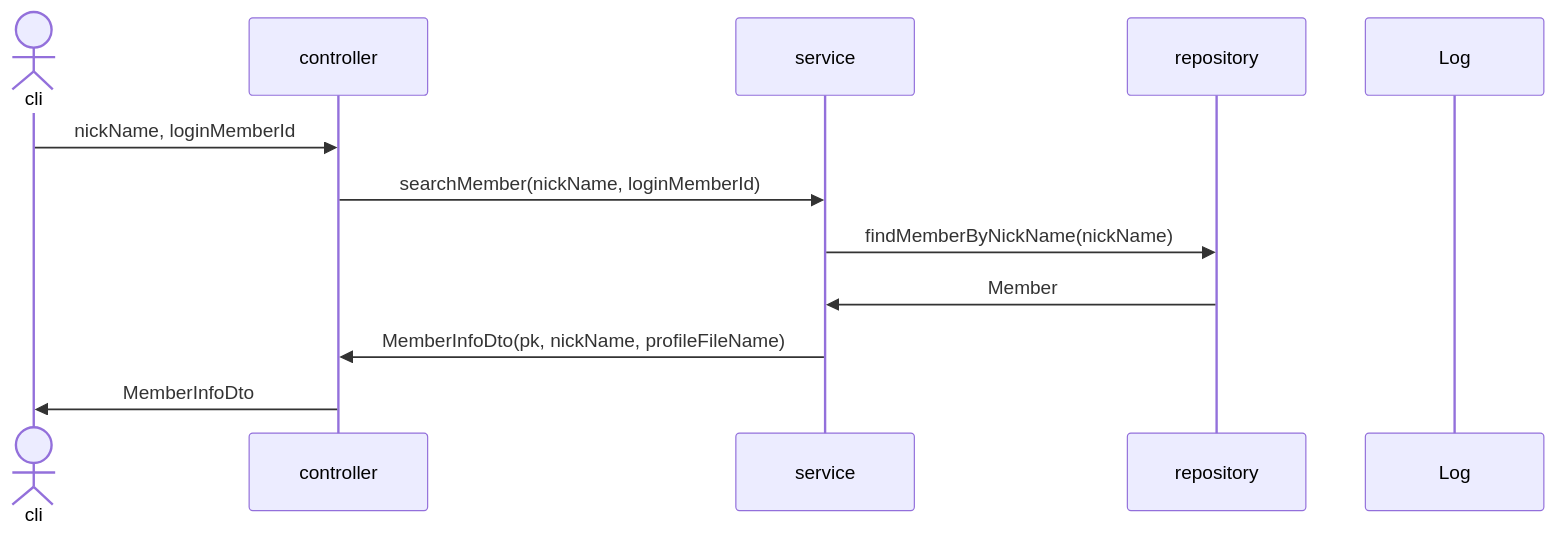
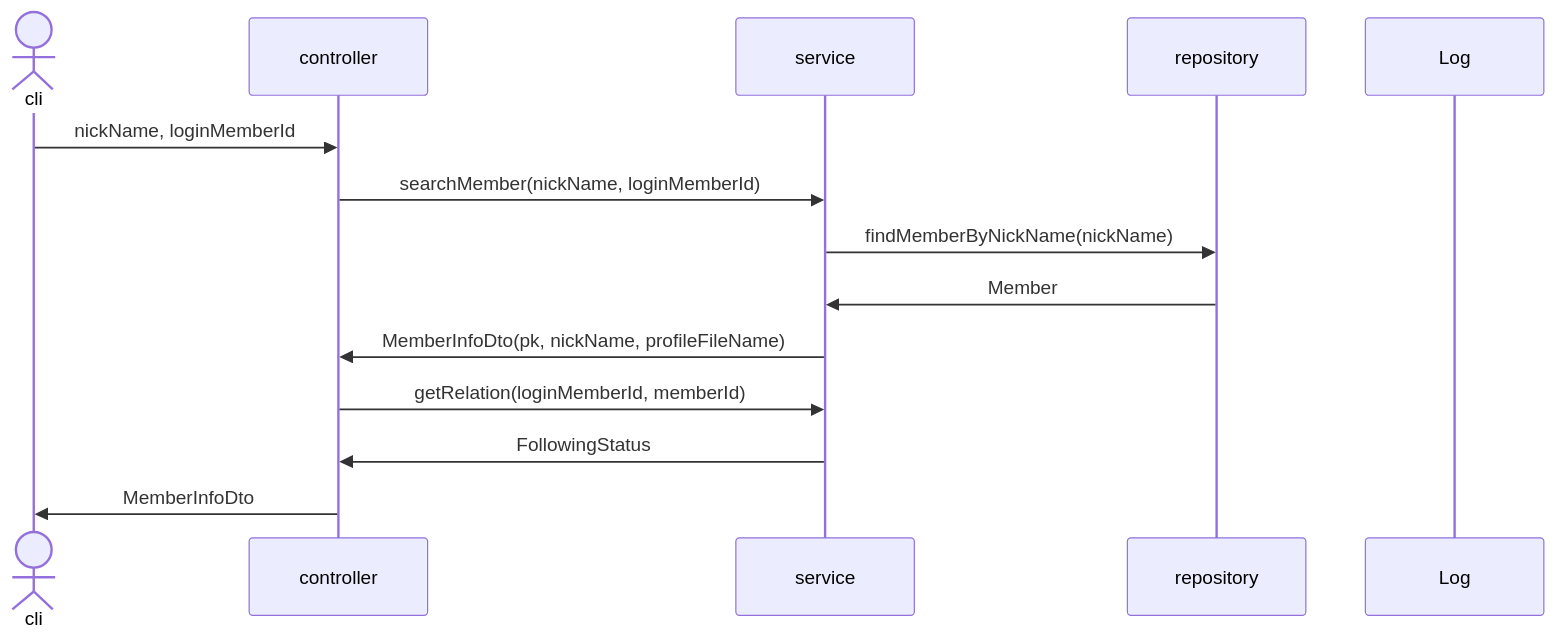
Diagram 19 of 34 in sequence.md (mtak0235/snsX), drawn with Mermaid before and after one commit.

Commit message:
update sequence searchMemberPageForm.md

````diff
--- a/sequence.md
+++ b/sequence.md
@@ -440,15 +440,17 @@
 ```mermaid
 sequenceDiagram
 actor cli
 participant c as controller
 participant s as service
 participant r as repository
 participant l as Log
 
 cli->>c: nickName, loginMemberId
 c->>s: searchMember(nickName, loginMemberId)
 s->>r: findMemberByNickName(nickName)
 r->>s: Member
 s->>c: MemberInfoDto(pk, nickName, profileFileName)
+c->>s: getRelation(loginMemberId, memberId)
+s->>c: FollowingStatus
 c->>cli: MemberInfoDto
 ```
````
